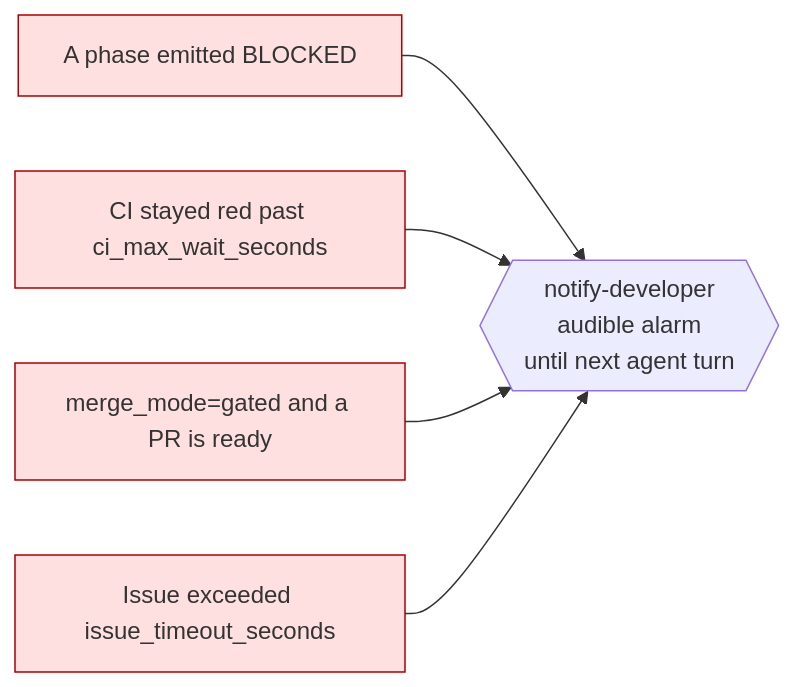
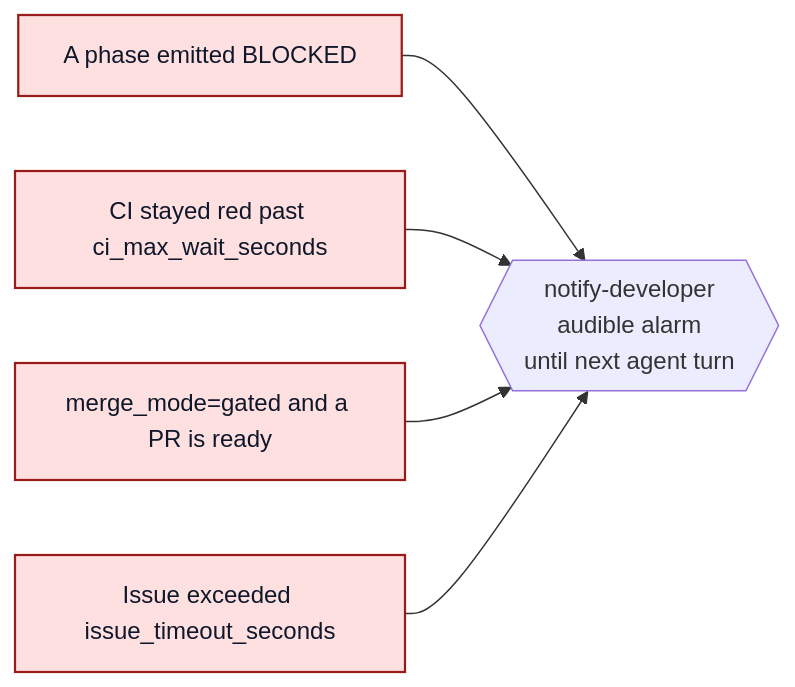
One commit to Mo-Tamim/afk-agent changed the eighth of 9 diagrams in docs/WORKFLOW.md. Above: the diagram before and after it, drawn with Mermaid. The commit also changed other lines of this file and 4 other files, not shown here.

````diff
--- a/docs/WORKFLOW.md
+++ b/docs/WORKFLOW.md
@@ -541,9 +541,9 @@
 ```mermaid
 flowchart LR
-  classDef alarm fill:#ffe0e0,stroke:#a00;
+  classDef alarm fill:#ffe0e0,stroke:#991b1b,color:#0f172a,stroke-width:1.5px;
   E1[A phase emitted BLOCKED]:::alarm
   E2[CI stayed red past ci_max_wait_seconds]:::alarm
   E3[merge_mode=gated and a PR is ready]:::alarm
   E4[Issue exceeded issue_timeout_seconds]:::alarm
   E1 & E2 & E3 & E4 --> N{{notify-developer<br/>audible alarm<br/>until next agent turn}}
 ```
````
